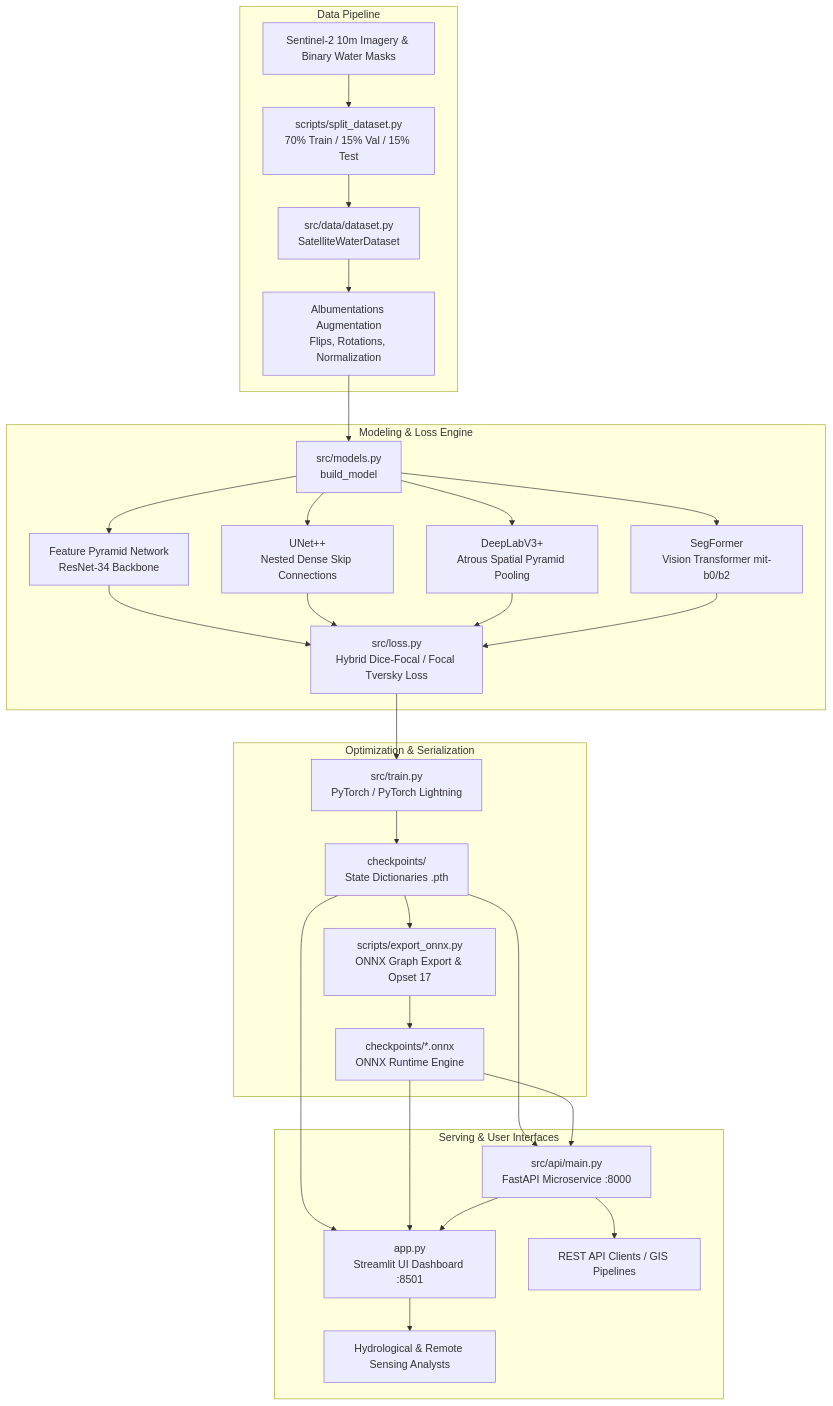
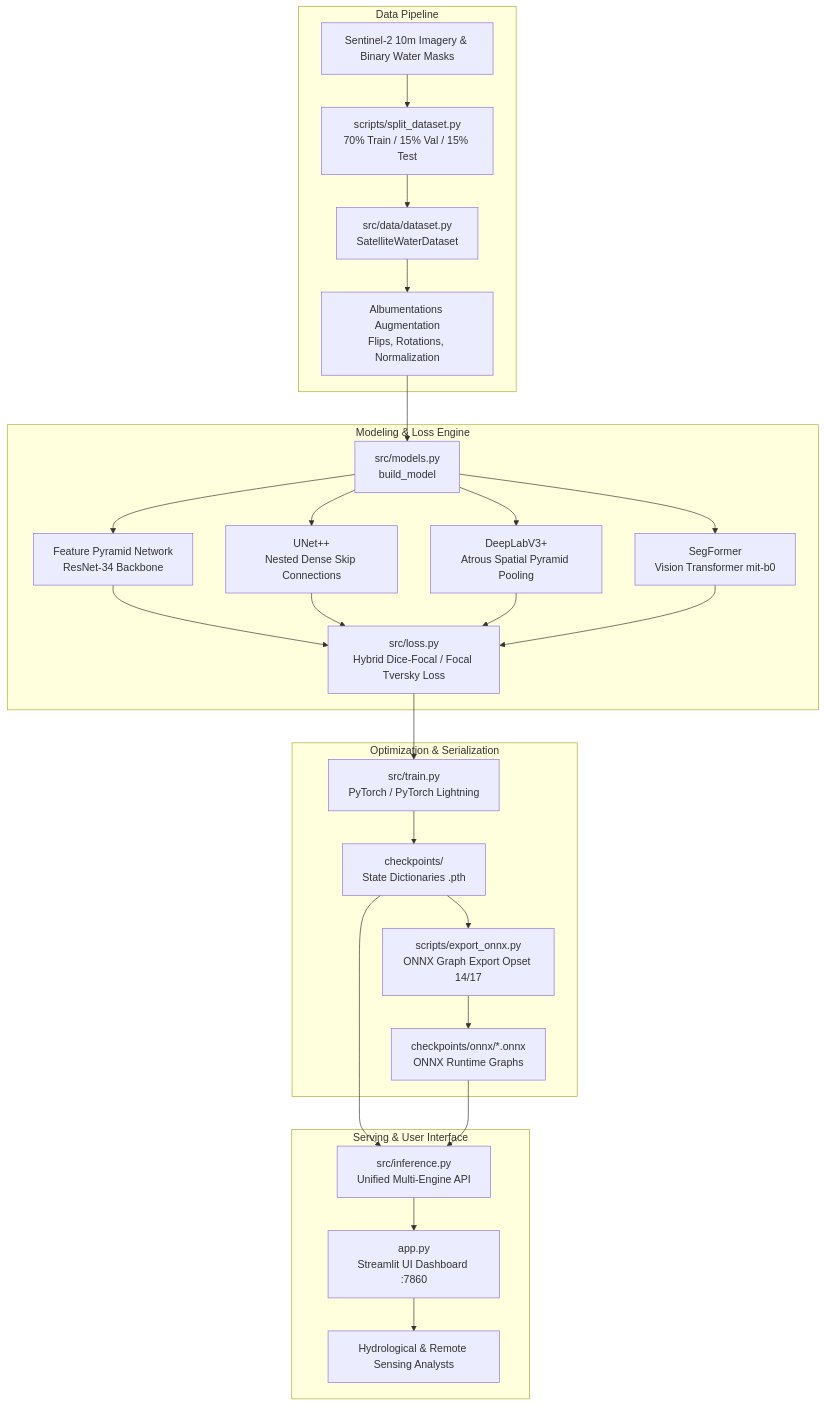
One commit to safalyareddy/GEOVISION_AI changed the diagram in docs/project-architecture.md. Above: the diagram before and after it, drawn with Mermaid. The commit also changed other lines of this file and 11 other files, not shown here.

Commit message:
docs: synchronize all markdown documentation with Streamlit + PyTorch + ONNX Runtime architecture and FastAPI retirement

````diff
--- a/docs/project-architecture.md
+++ b/docs/project-architecture.md
@@ -9,32 +9,30 @@
 ```mermaid
 graph TD
     subgraph Data Pipeline
         S2[Sentinel-2 10m Imagery & Binary Water Masks] --> SplitDataset[scripts/split_dataset.py<br/>70% Train / 15% Val / 15% Test]
         SplitDataset --> DatasetLoader[src/data/dataset.py<br/>SatelliteWaterDataset]
         DatasetLoader --> Augment[Albumentations Augmentation<br/>Flips, Rotations, Normalization]
     end
 
     subgraph Modeling & Loss Engine
         Augment --> Models[src/models.py<br/>build_model]
         Models --> FPN[Feature Pyramid Network<br/>ResNet-34 Backbone]
         Models --> UNetPP[UNet++<br/>Nested Dense Skip Connections]
         Models --> DeepLab[DeepLabV3+<br/>Atrous Spatial Pyramid Pooling]
-        Models --> SegFormer[SegFormer<br/>Vision Transformer mit-b0/b2]
+        Models --> SegFormer[SegFormer<br/>Vision Transformer mit-b0]
         FPN & UNetPP & DeepLab & SegFormer --> LossEngine[src/loss.py<br/>Hybrid Dice-Focal / Focal Tversky Loss]
     end
 
     subgraph Optimization & Serialization
         LossEngine --> TrainPipeline[src/train.py<br/>PyTorch / PyTorch Lightning]
         TrainPipeline --> Weights[checkpoints/<br/>State Dictionaries .pth]
-        Weights --> ONNXExp[scripts/export_onnx.py<br/>ONNX Graph Export & Opset 17]
-        ONNXExp --> ONNXRuntime[checkpoints/*.onnx<br/>ONNX Runtime Engine]
+        Weights --> ONNXExp[scripts/export_onnx.py<br/>ONNX Graph Export Opset 14/17]
+        ONNXExp --> ONNXRuntime[checkpoints/onnx/*.onnx<br/>ONNX Runtime Graphs]
     end
 
-    subgraph Serving & User Interfaces
-        Weights & ONNXRuntime --> FastAPIService[src/api/main.py<br/>FastAPI Microservice :8000]
-        Weights & ONNXRuntime --> StreamlitApp[app.py<br/>Streamlit UI Dashboard :8501]
-        FastAPIService --> StreamlitApp
-        FastAPIService --> RESTClients[REST API Clients / GIS Pipelines]
+    subgraph Serving & User Interface
+        Weights & ONNXRuntime --> InferenceAPI[src/inference.py<br/>Unified Multi-Engine API]
+        InferenceAPI --> StreamlitApp[app.py<br/>Streamlit UI Dashboard :7860]
         StreamlitApp --> Hydrologist[Hydrological & Remote Sensing Analysts]
     end
 ```
````
